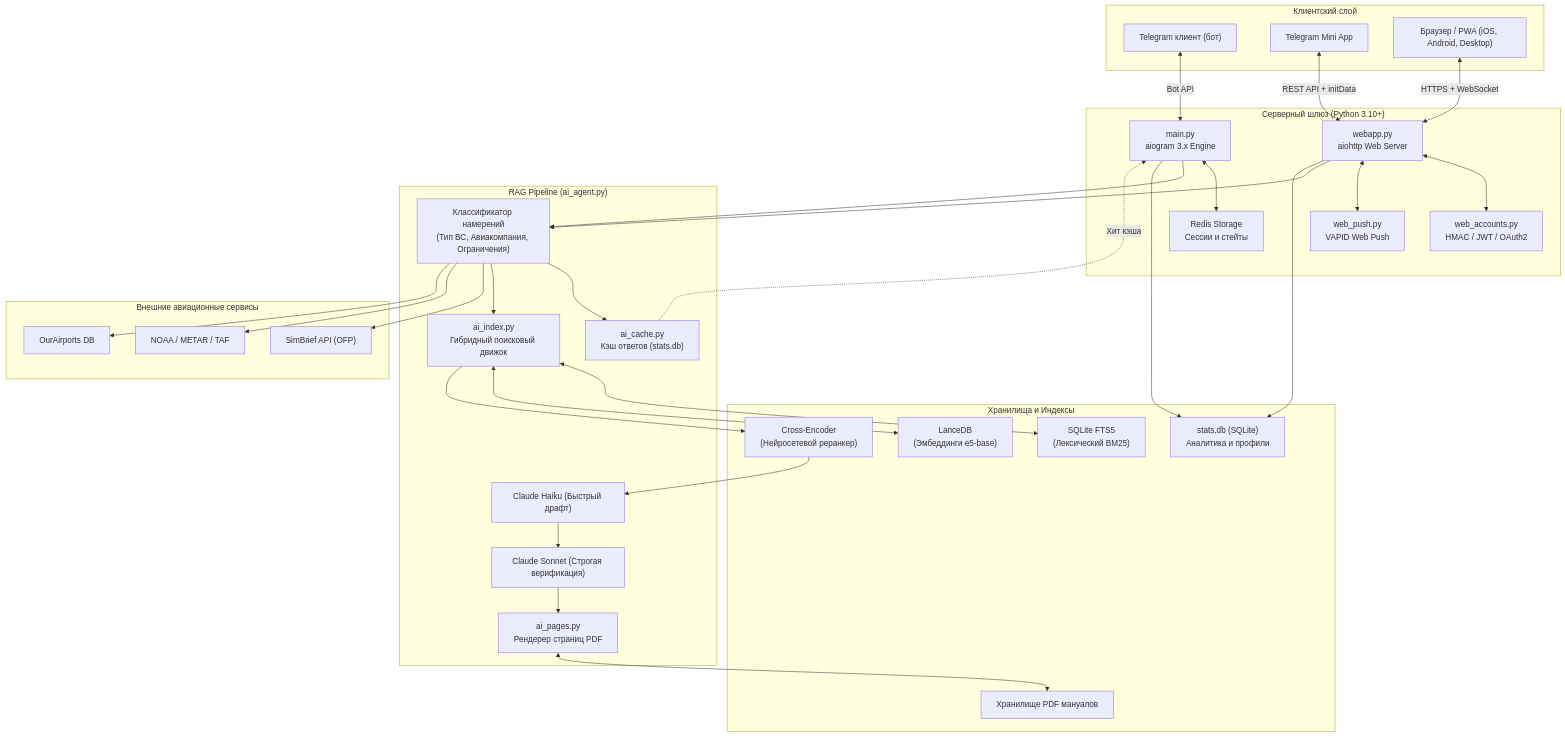
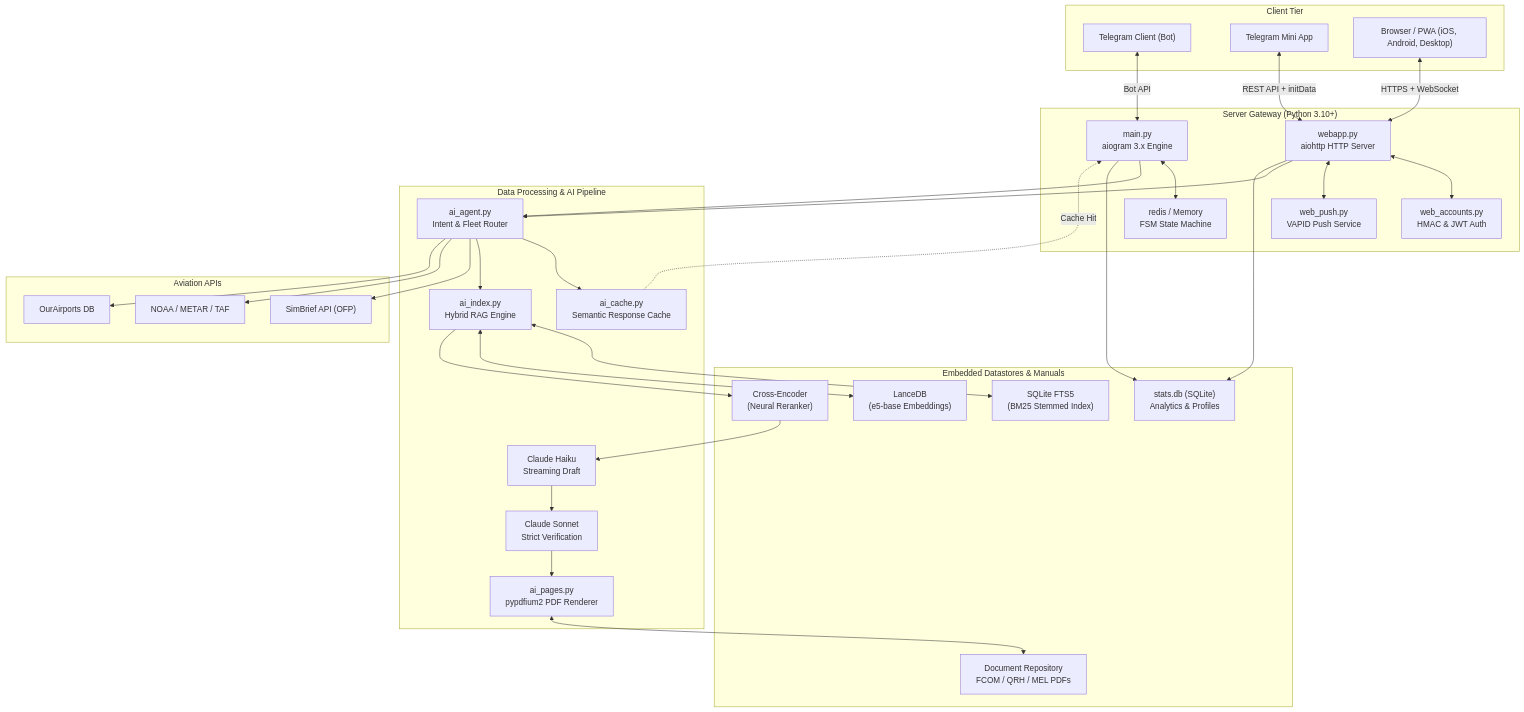
The first of 2 diagrams in docs/ARCHITECTURE.md (pilotarbuza/pilotann), drawn with Mermaid before and after one commit. The commit also changed other lines of this file and 6 other files, not shown here.

````diff
--- a/docs/ARCHITECTURE.md
+++ b/docs/ARCHITECTURE.md
@@ -11,37 +13,53 @@
 ```mermaid
 flowchart TB
-    subgraph Clients["Клиентский слой"]
-        TG_User["Telegram клиент (бот)"]
+    subgraph Clients["Client Tier"]
+        TG_User["Telegram Client (Bot)"]
         TMA_User["Telegram Mini App"]
-        PWA_User["Браузер / PWA (iOS, Android, Desktop)"]
+        PWA_User["Browser / PWA (iOS, Android, Desktop)"]
     end
 
-    subgraph Gateway["Серверный шлюз (Python 3.10+)"]
-        TG_Core["main.py\naiogram 3.x Engine"]
-        Web_Core["webapp.py\naiohttp Web Server"]
-        FSM["Redis Storage\nСессии и стейты"]
-        Auth["web_accounts.py\nHMAC / JWT / OAuth2"]
-        Push["web_push.py\nVAPID Web Push"]
+    subgraph Gateway["Server Gateway (Python 3.10+)"]
+        TG_Core["main.py
+aiogram 3.x Engine"]
+        Web_Core["webapp.py
+aiohttp HTTP Server"]
+        FSM["redis / Memory
+FSM State Machine"]
+        Auth["web_accounts.py
+HMAC & JWT Auth"]
+        Push["web_push.py
+VAPID Push Service"]
     end
 
-    subgraph Pipeline["RAG Pipeline (ai_agent.py)"]
-        Router["Классификатор намерений\n(Тип ВС, Авиакомпания, Ограничения)"]
-        Cache["ai_cache.py\nКэш ответов (stats.db)"]
-        RAG["ai_index.py\nГибридный поисковый движок"]
-        Render["ai_pages.py\nРендерер страниц PDF"]
-        FastLLM["Claude Haiku (Быстрый драфт)"]
-        VerifyLLM["Claude Sonnet (Строгая верификация)"]
+    subgraph Pipeline["Data Processing & AI Pipeline"]
+        Router["ai_agent.py
+Intent & Fleet Router"]
+        Cache["ai_cache.py
+Semantic Response Cache"]
+        RAG["ai_index.py
+Hybrid RAG Engine"]
+        FastLLM["Claude Haiku
+Streaming Draft"]
+        VerifyLLM["Claude Sonnet
+Strict Verification"]
+        Render["ai_pages.py
+pypdfium2 PDF Renderer"]
     end
 
-    subgraph Storages["Хранилища и Индексы"]
-        FTS["SQLite FTS5\n(Лексический BM25)"]
-        VectorDB["LanceDB\n(Эмбеддинги e5-base)"]
-        Reranker["Cross-Encoder\n(Нейросетевой реранкер)"]
-        StatsDB["stats.db (SQLite)\nАналитика и профили"]
-        PDF_Repo["Хранилище PDF мануалов"]
+    subgraph Storage["Embedded Datastores & Manuals"]
+        FTS["SQLite FTS5
+(BM25 Stemmed Index)"]
+        VectorDB["LanceDB
+(e5-base Embeddings)"]
+        Reranker["Cross-Encoder
+(Neural Reranker)"]
+        StatsDB["stats.db (SQLite)
+Analytics & Profiles"]
+        PDF_Repo["Document Repository
+FCOM / QRH / MEL PDFs"]
     end
 
-    subgraph ExternalAPIs["Внешние авиационные сервисы"]
+    subgraph ExternalAPIs["Aviation APIs"]
         SimBrief["SimBrief API (OFP)"]
         AviationWeather["NOAA / METAR / TAF"]
         OurAirports["OurAirports DB"]
@@ -63,7 +81,7 @@
 
     %% Pipeline Flow
     Router --> Cache
-    Cache -.->|Хит кэша| TG_Core
+    Cache -.->|Cache Hit| TG_Core
     Router --> RAG
 
     RAG <--> FTS
````
